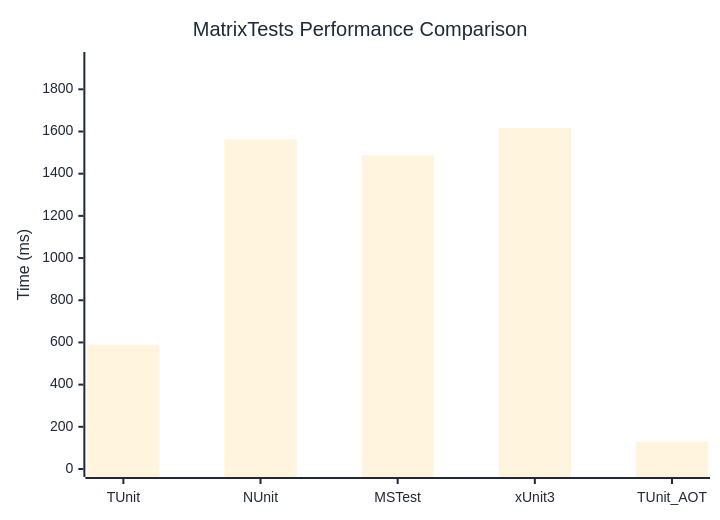
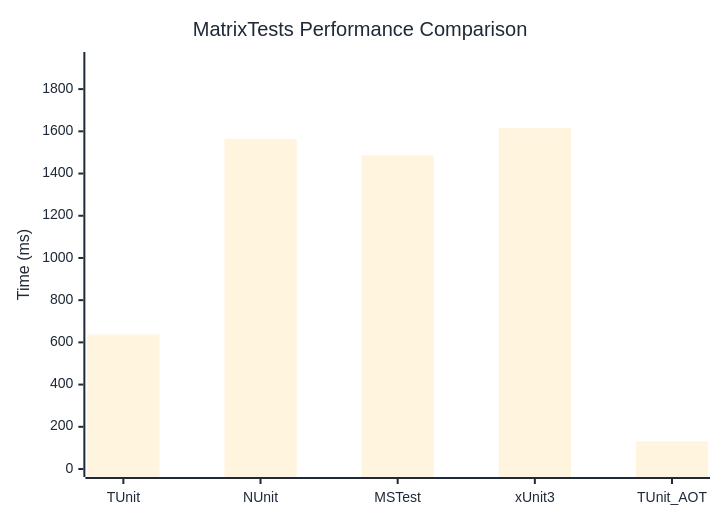
Before and after one commit to thomhurst/TUnit: the diagram in docs/docs/benchmarks/MatrixTests.md, drawn with Mermaid. The commit also changed other lines of this file and 17 other files, not shown here.

````diff
--- a/docs/docs/benchmarks/MatrixTests.md
+++ b/docs/docs/benchmarks/MatrixTests.md
@@ -27,37 +27,37 @@
 ```mermaid
 %%{init: {
   'theme':'base',
   'themeVariables': {
     'primaryColor': '#2563eb',
     'primaryTextColor': '#1f2937',
     'primaryBorderColor': '#1e40af',
     'lineColor': '#6b7280',
     'secondaryColor': '#7c3aed',
     'tertiaryColor': '#dc2626',
     'background': '#ffffff',
     'mainBkg': '#2563eb',
     'secondBkg': '#7c3aed',
     'tertiaryBkg': '#dc2626',
     'clusterBkg': '#f3f4f6',
     'edgeLabelBackground': '#ffffff',
     'tertiaryTextColor': '#1f2937',
     'pie1': '#2563eb',
     'pie2': '#7c3aed',
     'pie3': '#dc2626',
     'pie4': '#f59e0b',
     'pie5': '#10b981',
     'pie6': '#06b6d4',
     'pie7': '#ec4899',
     'pie8': '#6366f1',
     'pie9': '#84cc16',
     'pie10': '#f97316',
     'pie11': '#14b8a6',
     'pie12': '#a855f7'
   }
 }}%%
 xychart-beta
   title "MatrixTests Performance Comparison"
   x-axis ["TUnit", "NUnit", "MSTest", "xUnit3", "TUnit_AOT"]
-  y-axis "Time (ms)" 0 --> 1939
-  bar [589.1, 1563.1, 1488.1, 1615.8, 129.5]
+  y-axis "Time (ms)" 0 --> 1938
+  bar [637.5, 1564.2, 1485.9, 1615, 131.7]
 ```
````
